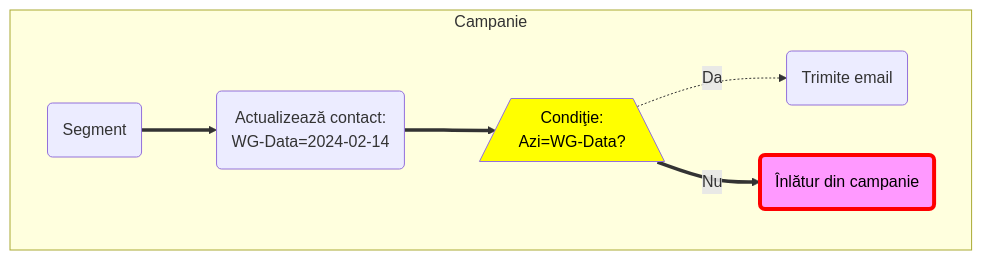
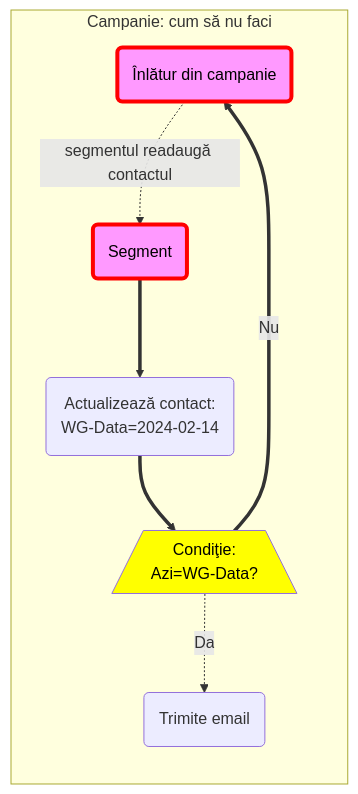
One commit to IonutOjicaDE/IonutOjicaDE.github.io changed the second of 3 diagrams in _posts/2024-03-11-campanii-capcana-inlatura-din-campanie.md. Above: the diagram before and after it, drawn with Mermaid. The commit also changed other lines of this file and 26 other files, not shown here.

Commit message:
adaugat autor, corectat mermaid

````diff
--- a/_posts/2024-03-11-campanii-capcana-inlatura-din-campanie.md
+++ b/_posts/2024-03-11-campanii-capcana-inlatura-din-campanie.md
@@ -65,11 +68,14 @@
 ```mermaid
-flowchart TD
-    subgraph Campanie
-        A(Segment) ==> B(Actualizează contact:<br>WG-Data=2024-02-14)
-        B ==> C[/Condiţie:<br>Azi=WG-Data?\]
-        C -.->|Da| D(Trimite email)
-        C ==>|Nu| F(Înlătur din campanie)
-    end
-    style C fill:yellow,color:black
-    style F fill:#f9f,color:black,stroke:red,stroke-width:4px
+flowchart
+  subgraph Campanie: cum să nu faci
+    direction TB
+    F -.->|segmentul readaugă contactul| A
+    A(Segment) ==> B(Actualizează contact:<br>WG-Data=2024-02-14)
+    B ==> C[/Condiţie:<br>Azi=WG-Data?\]
+    C -.->|Da| D(Trimite email)
+    C ==>|Nu| F(Înlătur din campanie)
+  end
+  style C fill:yellow,color:black
+  classDef magenta fill:#f9f,color:black,stroke:red,stroke-width:4px
+  class A,F magenta
 ```
````
